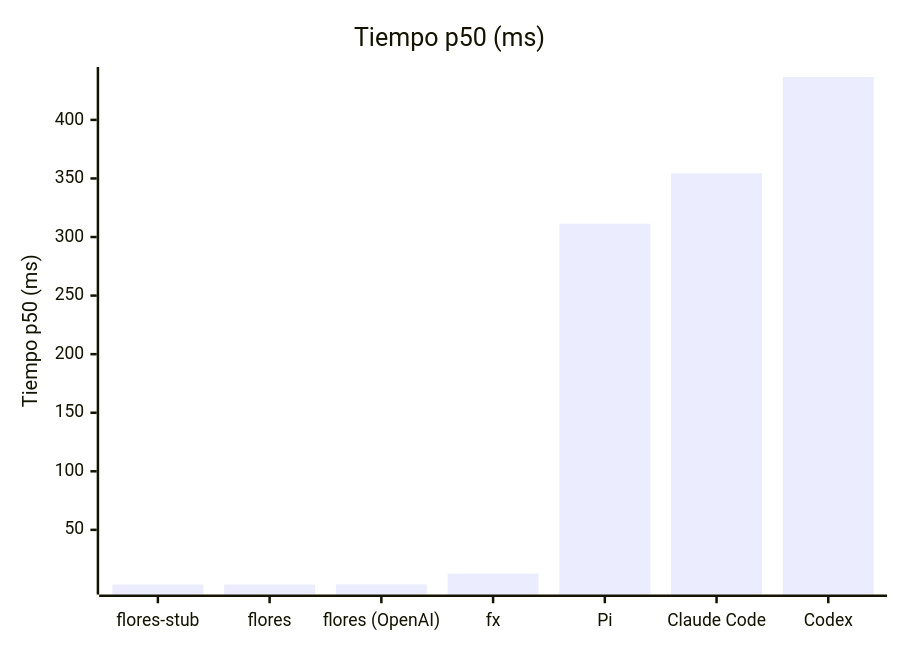
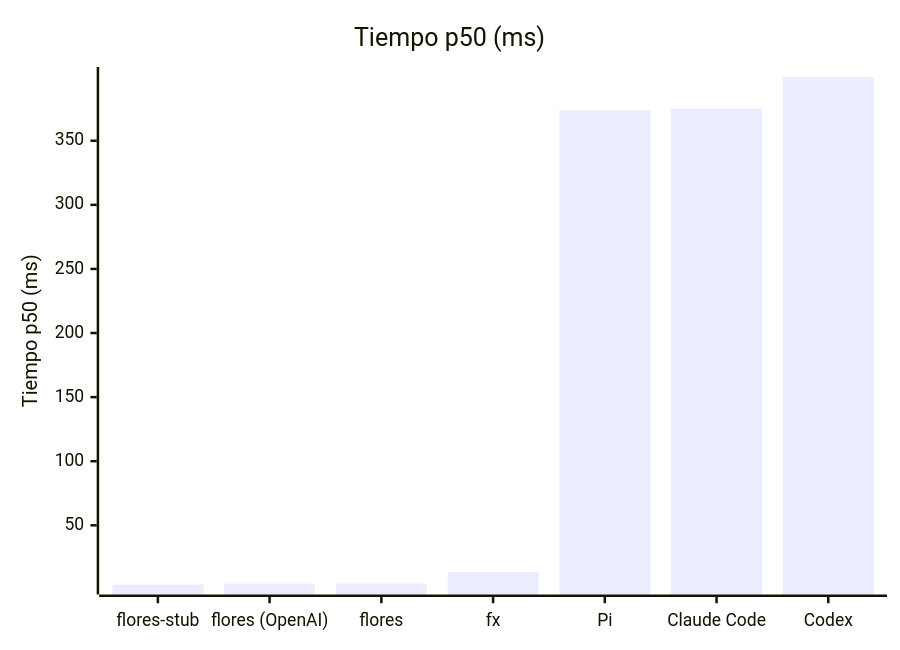
One commit to sfloresone/flores changed the first of 6 diagrams in benchmarks/published/README.md. Above: the diagram before and after it, drawn with Mermaid. The commit also changed other lines of this file and 6 other files, not shown here.

````diff
--- a/benchmarks/published/README.md
+++ b/benchmarks/published/README.md
@@ -123,7 +117,7 @@
 ```mermaid
 xychart-beta
     title "Tiempo p50 (ms)"
-    x-axis ["flores-stub", "flores", "flores (OpenAI)", "fx", "Pi", "Claude Code", "Codex"]
+    x-axis ["flores-stub", "flores (OpenAI)", "flores", "fx", "Pi", "Claude Code", "Codex"]
     y-axis "Tiempo p50 (ms)"
-    bar [3.35, 3.37, 3.46, 12.69, 311.40, 354.38, 436.62]
+    bar [3.83, 4.56, 4.57, 13.49, 373.65, 374.97, 399.73]
 ```
````
